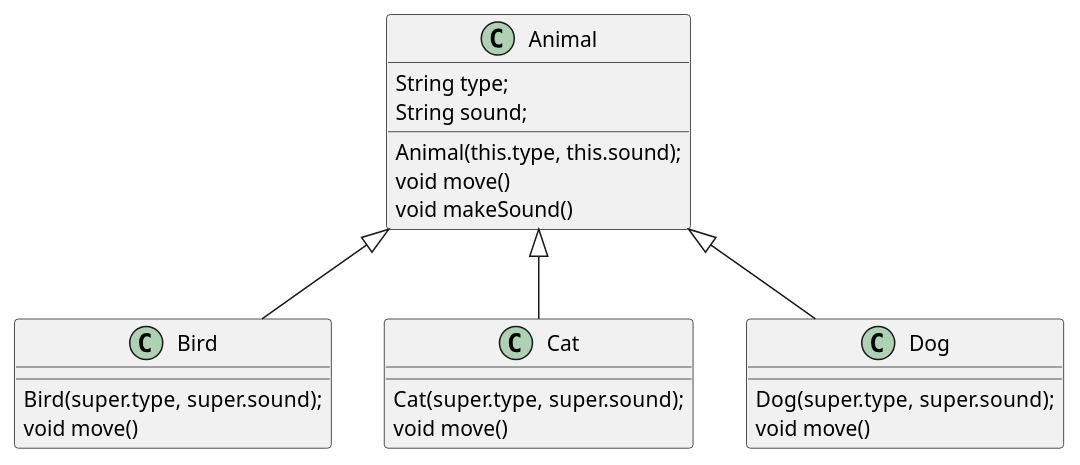
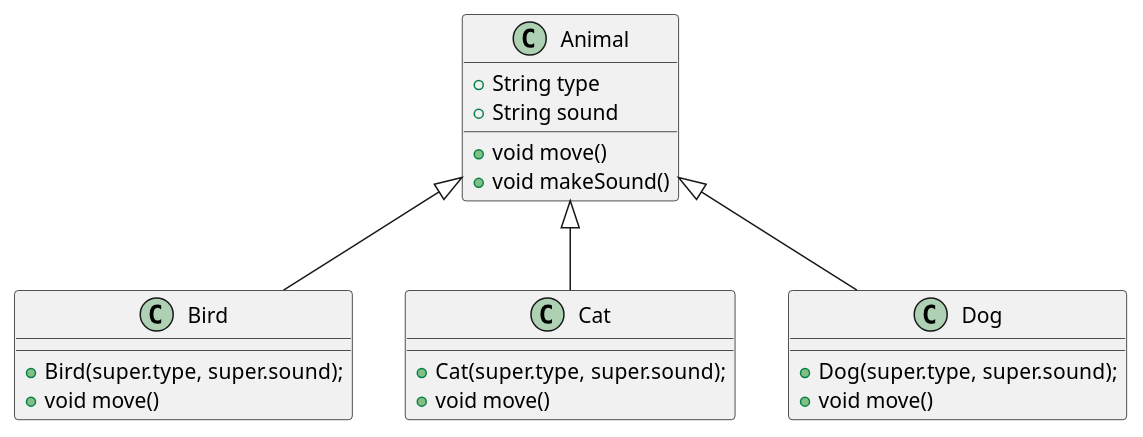
One commit to orm-camp-flutter-2ki/learn_dart_together changed the diagram in lib/240312/animal/animal.plantuml. Above: the diagram before and after it, drawn with PlantUML.

Commit message:
fix : UML에 생성자 제거

```diff
--- a/lib/240312/animal/animal.plantuml
+++ b/lib/240312/animal/animal.plantuml
@@ -1,30 +1,29 @@
 @startuml Animal
 
 class Animal {
-  String type;
-  String sound;
+  +String type
+  +String sound
 
-  Animal(this.type, this.sound);
-  void move()
-  void makeSound()
+  +void move()
+  +void makeSound()
 }
 
 class Bird extends Animal {
-  Bird(super.type, super.sound);
-  void move()
+  +Bird(super.type, super.sound);
+  +void move()
 }
 
 class Cat extends Animal {
-  Cat(super.type, super.sound);
-  void move() 
+  +Cat(super.type, super.sound);
+  +void move() 
 }
 
 class Dog extends Animal {
-  Dog(super.type, super.sound);
-  void move()
+  +Dog(super.type, super.sound);
+  +void move()
 }
 
 
 
 
 @enduml
```
